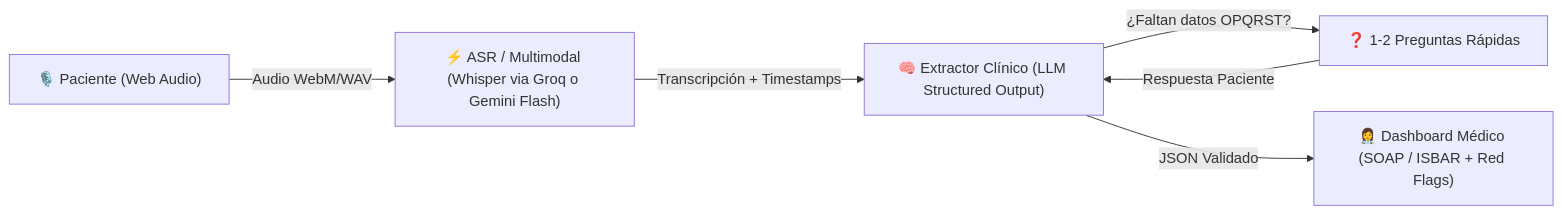
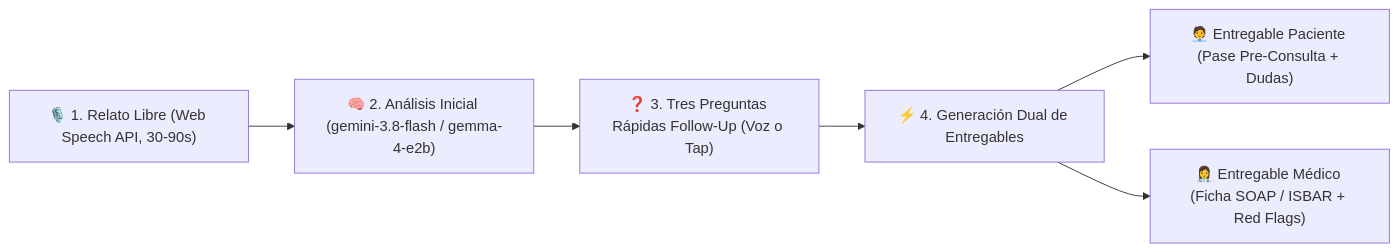
One commit to ykro/telemed-preconsult-ai changed the diagram in SPEC.md. Above: the diagram before and after it, drawn with Mermaid. The commit also changed other lines of this file and 1 other file, not shown here.

Commit message:
Update SPEC & README: 3 follow-up questions, Web Speech API, PWA, patient deliverable, gemini-3.8-flash + gemma-4-e2b

````diff
--- a/SPEC.md
+++ b/SPEC.md
@@ -26,8 +23,8 @@
 ```mermaid
 flowchart LR
-    A["🎙️ Paciente (Web Audio)"] -->|Audio WebM/WAV| B["⚡ ASR / Multimodal (Whisper via Groq o Gemini Flash)"]
-    B -->|Transcripción + Timestamps| C["🧠 Extractor Clínico (LLM Structured Output)"]
-    C -->|¿Faltan datos OPQRST?| D["❓ 1-2 Preguntas Rápidas"]
-    D -->|Respuesta Paciente| C
-    C -->|JSON Validado| E["👩‍⚕️ Dashboard Médico (SOAP / ISBAR + Red Flags)"]
+    A["🎙️ 1. Relato Libre (Web Speech API, 30-90s)"] --> B["🧠 2. Análisis Inicial (gemini-3.8-flash / gemma-4-e2b)"]
+    B --> C["❓ 3. Tres Preguntas Rápidas Follow-Up (Voz o Tap)"]
+    C --> D["⚡ 4. Generación Dual de Entregables"]
+    D --> E["🧑‍💼 Entregable Paciente (Pase Pre-Consulta + Dudas)"]
+    D --> F["👩‍⚕️ Entregable Médico (Ficha SOAP / ISBAR + Red Flags)"]
 ```
````
